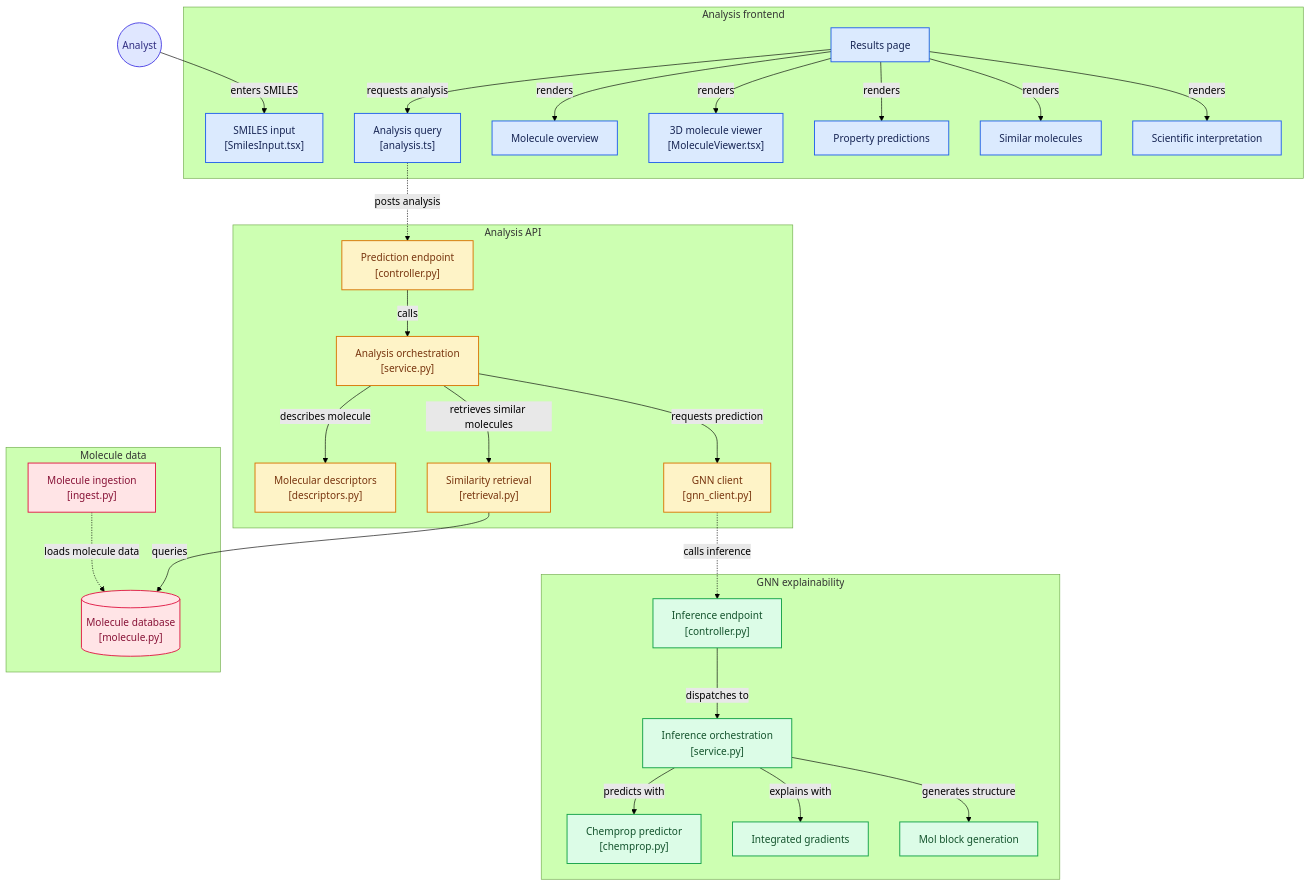
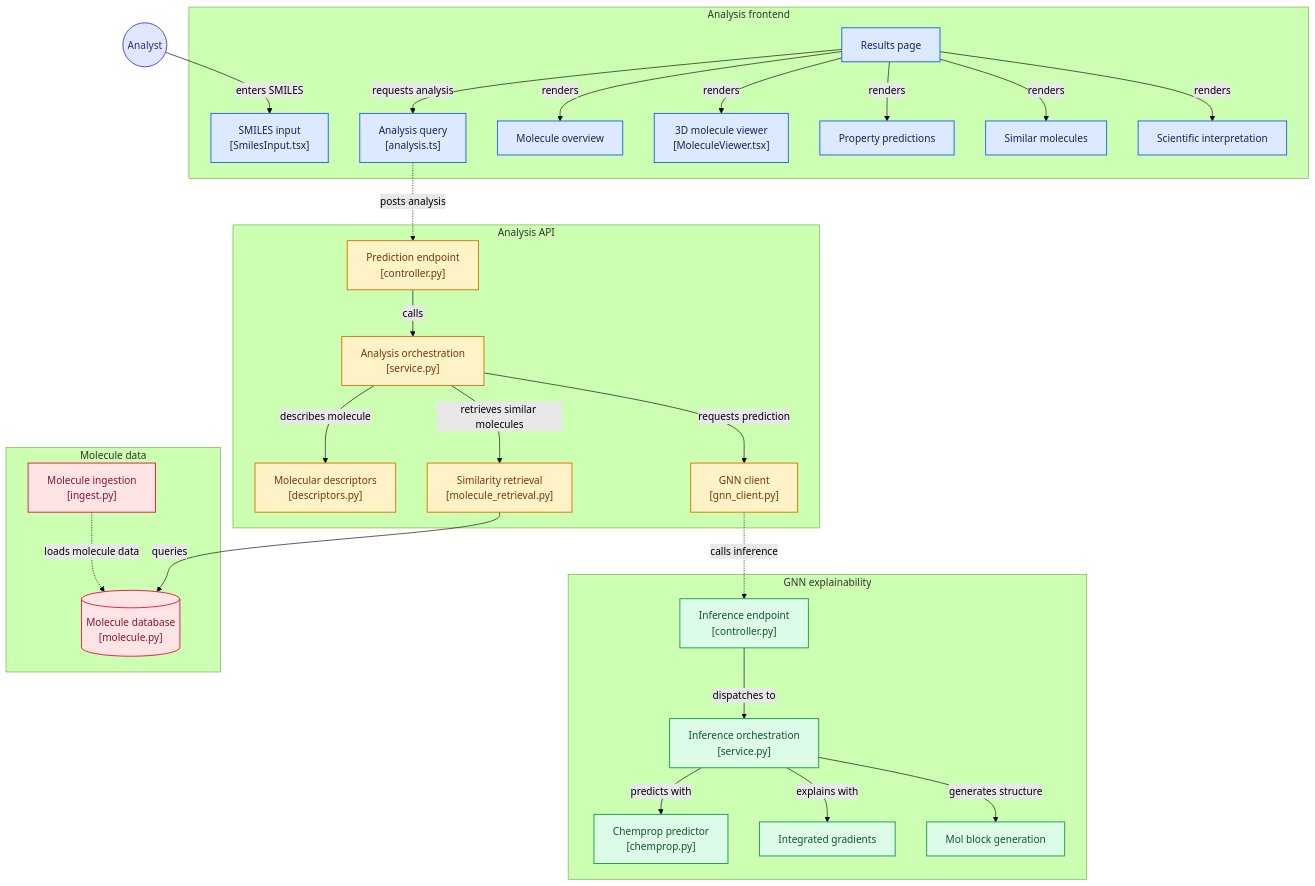
The diagram in README.md (vuvanqh/AI-Methods-for-Molecular-Property-Prediction), drawn with Mermaid (forest theme) before and after one commit. The commit also changed other lines of this file, not shown here.

```diff
--- a/README.md
+++ b/README.md
@@ -119,7 +123,7 @@
   node_analysis_service["Analysis orchestration<br/>[service.py]"]
   node_descriptors["Molecular descriptors<br/>[descriptors.py]"]
   node_gnn_client["GNN client<br/>[gnn_client.py]"]
-  node_retrieval["Similarity retrieval<br/>[retrieval.py]"]
+  node_retrieval["Similarity retrieval<br/>[molecule_retrieval.py]"]
 end
 
 subgraph group_gnn["GNN explainability"]
@@ -163,8 +167,8 @@
 click node_api_controller "https://github.com/vuvanqh/ai-methods-for-molecular-property-prediction/blob/main/backend/app/src/controller.py"
 click node_analysis_service "https://github.com/vuvanqh/ai-methods-for-molecular-property-prediction/blob/main/backend/app/src/service.py"
 click node_descriptors "https://github.com/vuvanqh/ai-methods-for-molecular-property-prediction/blob/main/backend/app/src/descriptors.py"
-click node_gnn_client "https://github.com/vuvanqh/ai-methods-for-molecular-property-prediction/blob/main/backend/app/src/gnn_client.py"
-click node_retrieval "https://github.com/vuvanqh/ai-methods-for-molecular-property-prediction/blob/main/backend/app/src/rag/retrieval.py"
+click node_gnn_client "https://github.com/vuvanqh/ai-methods-for-molecular-property-prediction/blob/main/backend/app/src/clients/gnn_client.py"
+click node_retrieval "https://github.com/vuvanqh/ai-methods-for-molecular-property-prediction/blob/main/backend/app/src/rag/molecule_retrieval.py"
 click node_molecule_store "https://github.com/vuvanqh/ai-methods-for-molecular-property-prediction/blob/main/backend/app/src/db/models/molecule.py"
 click node_ingestion "https://github.com/vuvanqh/ai-methods-for-molecular-property-prediction/blob/main/scripts/ingestion/ingest.py"
 click node_gnn_controller "https://github.com/vuvanqh/ai-methods-for-molecular-property-prediction/blob/main/backend/services/gnn_xai_service/src/controller.py"
```
